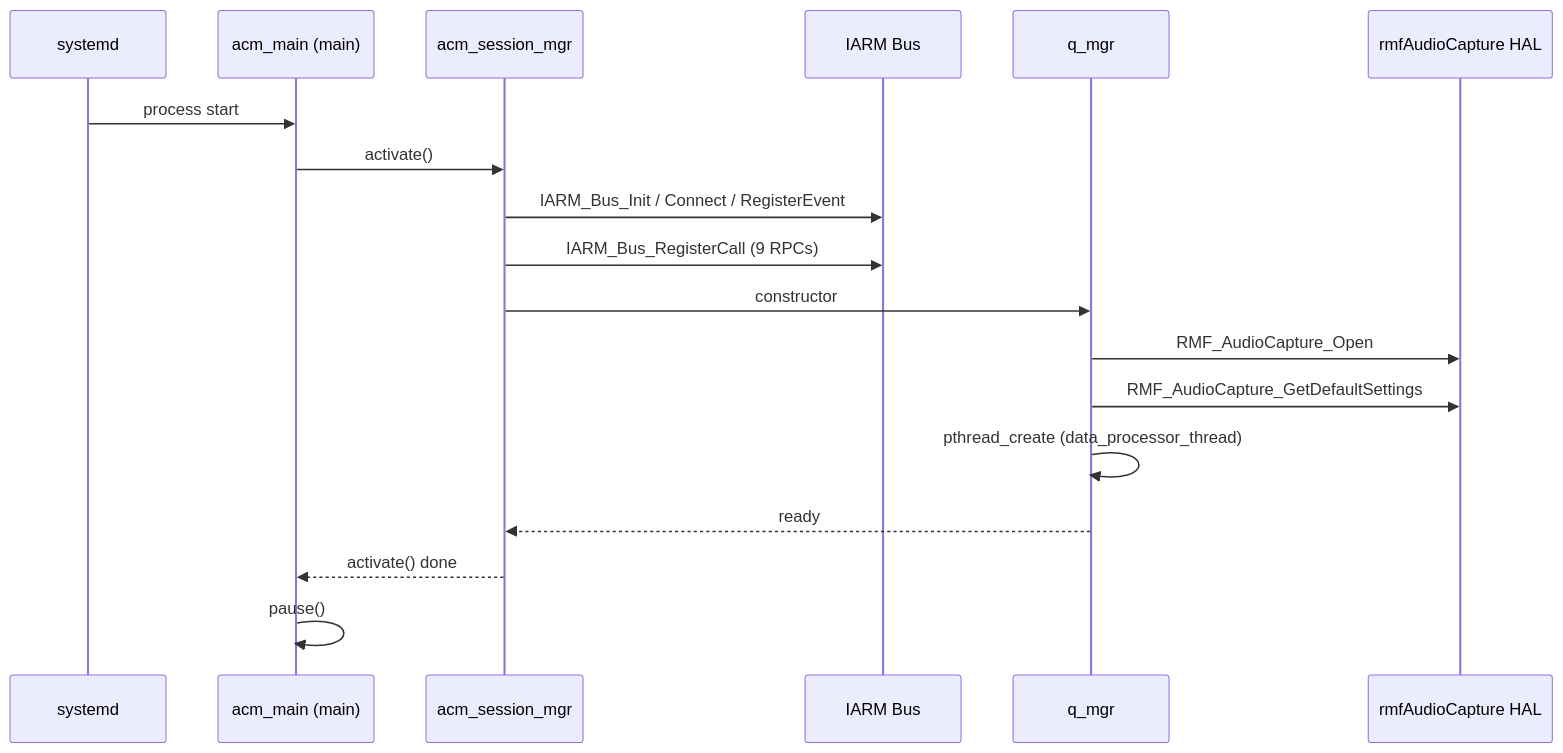
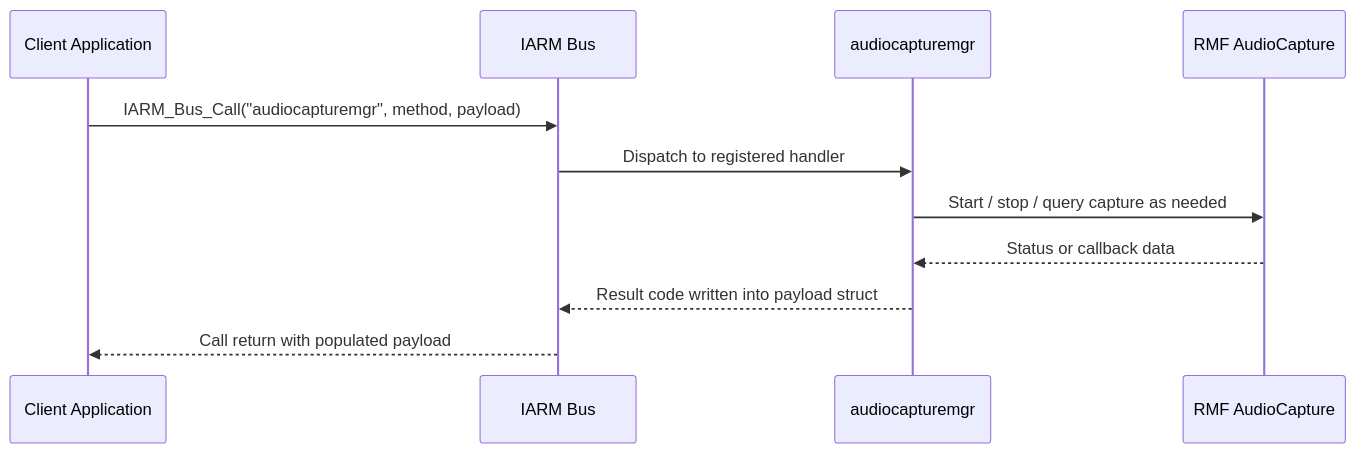
The sixth of 7 diagrams in docs/docu/RDKV-Documentations/audiocapturemgr.md (rns21/RDK_Documentation), drawn with Mermaid before and after one commit. The commit also changed other lines of this file, not shown here.

````diff
--- a/docs/docu/RDKV-Documentations/audiocapturemgr.md
+++ b/docs/docu/RDKV-Documentations/audiocapturemgr.md
@@ -699,21 +276,14 @@
 ```mermaid
 sequenceDiagram
-    participant OS as systemd
-    participant Main as acm_main (main)
-    participant SM as acm_session_mgr
+    participant Client as Client Application
     participant IARM as IARM Bus
-    participant QM as q_mgr
-    participant RMF as rmfAudioCapture HAL
+    participant ACM as audiocapturemgr
+    participant RMF as RMF AudioCapture
 
-    OS->>Main: process start
-    Main->>SM: activate()
-    SM->>IARM: IARM_Bus_Init / Connect / RegisterEvent
-    SM->>IARM: IARM_Bus_RegisterCall (9 RPCs)
-    SM->>QM: constructor
-    QM->>RMF: RMF_AudioCapture_Open
-    QM->>RMF: RMF_AudioCapture_GetDefaultSettings
-    QM->>QM: pthread_create (data_processor_thread)
-    QM-->>SM: ready
-    SM-->>Main: activate() done
-    Main->>Main: pause()
+    Client->>IARM: IARM_Bus_Call("audiocapturemgr", method, payload)
+    IARM->>ACM: Dispatch to registered handler
+    ACM->>RMF: Start / stop / query capture as needed
+    RMF-->>ACM: Status or callback data
+    ACM-->>IARM: Result code written into payload struct
+    IARM-->>Client: Call return with populated payload
 ```
````
